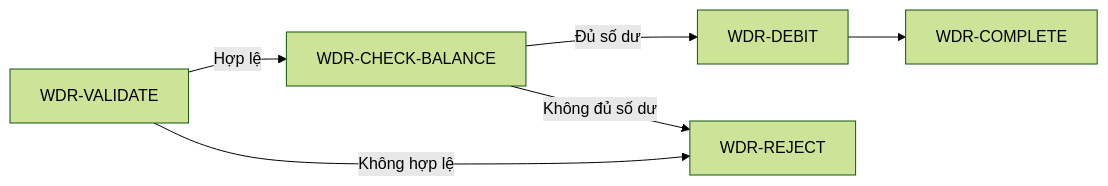
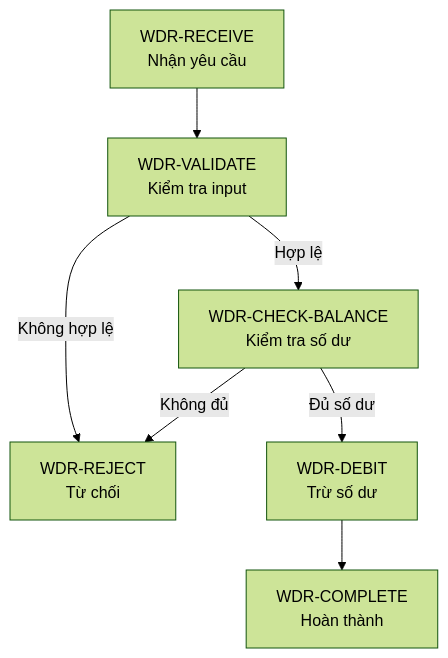
The first of 2 diagrams in answer.md (Kynderis/kidea), drawn with Mermaid (forest theme) before and after one commit. The commit also changed other lines of this file and 1 other file, not shown here.

````diff
--- a/answer.md
+++ b/answer.md
@@ -142,8 +50,9 @@
 ```mermaid
-flowchart LR
-    V[WDR-VALIDATE] -->|Hợp lệ| C[WDR-CHECK-BALANCE]
-    C -->|Đủ số dư| D[WDR-DEBIT]
-    D --> S[WDR-COMPLETE]
-    V -->|Không hợp lệ| R[WDR-REJECT]
-    C -->|Không đủ số dư| R
+flowchart TD
+    A[WDR-RECEIVE<br/>Nhận yêu cầu] --> B[WDR-VALIDATE<br/>Kiểm tra input]
+    B -->|Hợp lệ| C[WDR-CHECK-BALANCE<br/>Kiểm tra số dư]
+    B -->|Không hợp lệ| R[WDR-REJECT<br/>Từ chối]
+    C -->|Đủ số dư| D[WDR-DEBIT<br/>Trừ số dư]
+    C -->|Không đủ| R
+    D --> S[WDR-COMPLETE<br/>Hoàn thành]
 ```
````
